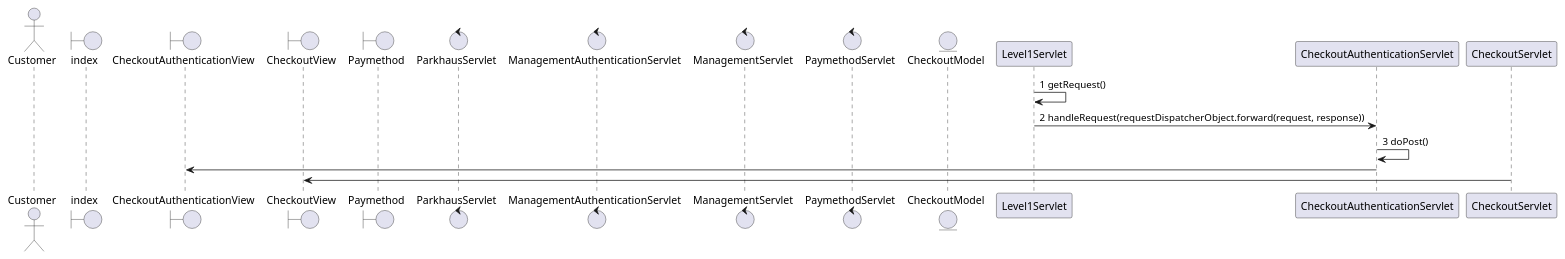
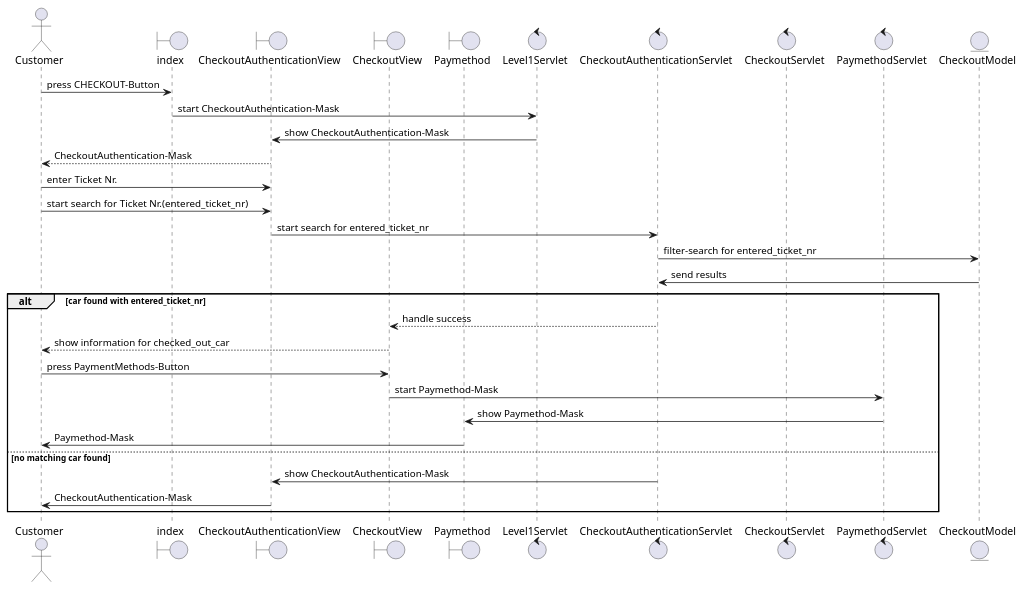
One commit to 1nbetw33n/Parkhaus_new changed the diagram in target/classes/Planung/DIAGRAMM/sd_Checkout.puml. Above: the diagram before and after it, drawn with PlantUML. The commit also changed other lines of this file, not shown here.

Commit message:
Committed file for no reason

```diff
--- a/target/classes/Planung/DIAGRAMM/sd_Checkout.puml
+++ b/target/classes/Planung/DIAGRAMM/sd_Checkout.puml
@@ -2,22 +1,34 @@
 @startuml
 'https://plantuml.com/class-diagram
 'Erstellt von Rahgawi
 actor Customer
 boundary index
 boundary CheckoutAuthenticationView
 boundary CheckoutView
 boundary Paymethod
-control ParkhausServlet
-control ManagementAuthenticationServlet
-control ManagementServlet
+control Level1Servlet
+control CheckoutAuthenticationServlet
+control CheckoutServlet
 control PaymethodServlet
 entity CheckoutModel
-
-
-Level1Servlet-> Level1Servlet: 1 getRequest()
-Level1Servlet-> CheckoutAuthenticationServlet: 2 handleRequest(requestDispatcherObject.forward(request, response))
-
-CheckoutAuthenticationServlet -> CheckoutAuthenticationServlet:3 doPost()
-CheckoutAuthenticationServlet -> CheckoutAuthenticationView
-CheckoutServlet -> CheckoutView
+Customer -> index : press CHECKOUT-Button
+index -> Level1Servlet : start CheckoutAuthentication-Mask
+Level1Servlet -> CheckoutAuthenticationView : show CheckoutAuthentication-Mask
+CheckoutAuthenticationView --> Customer : CheckoutAuthentication-Mask
+Customer -> CheckoutAuthenticationView : enter Ticket Nr.
+Customer -> CheckoutAuthenticationView : start search for Ticket Nr.(entered_ticket_nr)
+CheckoutAuthenticationView -> CheckoutAuthenticationServlet : start search for entered_ticket_nr
+CheckoutAuthenticationServlet -> CheckoutModel : filter-search for entered_ticket_nr
+CheckoutModel -> CheckoutAuthenticationServlet : send results
+alt car found with entered_ticket_nr
+    CheckoutAuthenticationServlet --> CheckoutView : handle success
+    CheckoutView --> Customer : show information for checked_out_car
+    Customer -> CheckoutView : press PaymentMethods-Button
+    CheckoutView -> PaymethodServlet : start Paymethod-Mask
+    PaymethodServlet -> Paymethod : show Paymethod-Mask
+    Paymethod -> Customer : Paymethod-Mask
+else no matching car found
+    CheckoutAuthenticationServlet -> CheckoutAuthenticationView : show CheckoutAuthentication-Mask
+    CheckoutAuthenticationView -> Customer : CheckoutAuthentication-Mask
+ end
 @enduml
```
